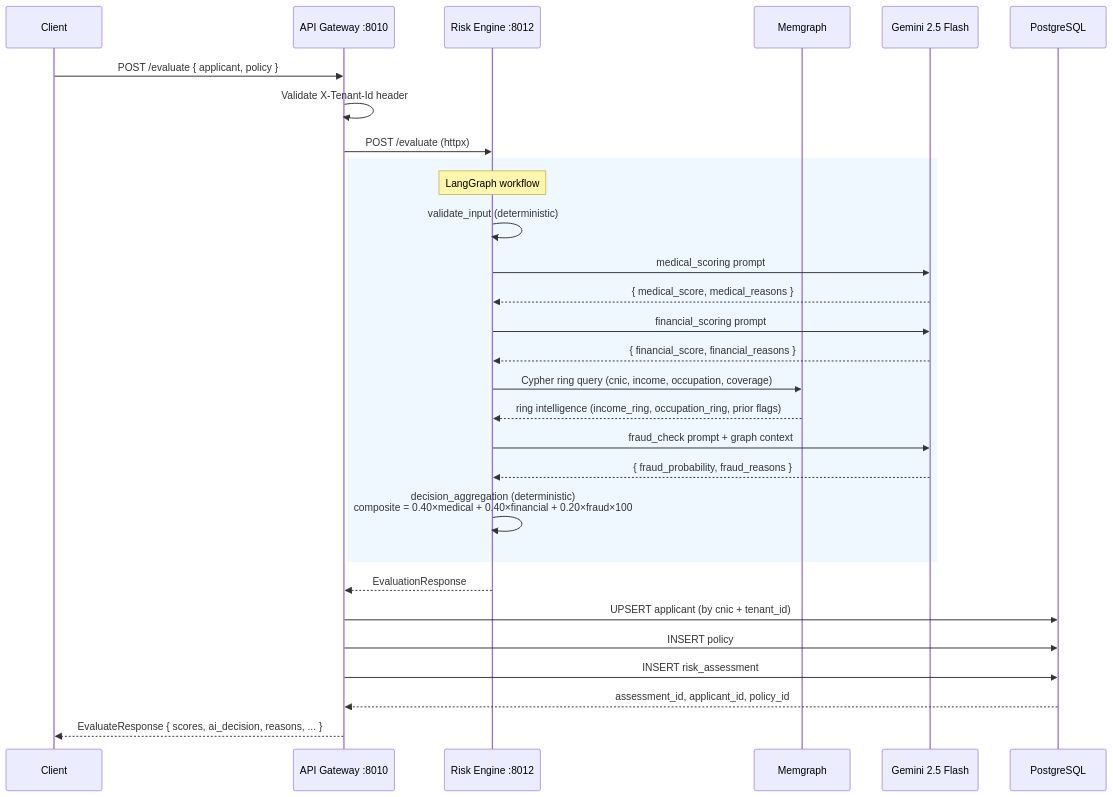
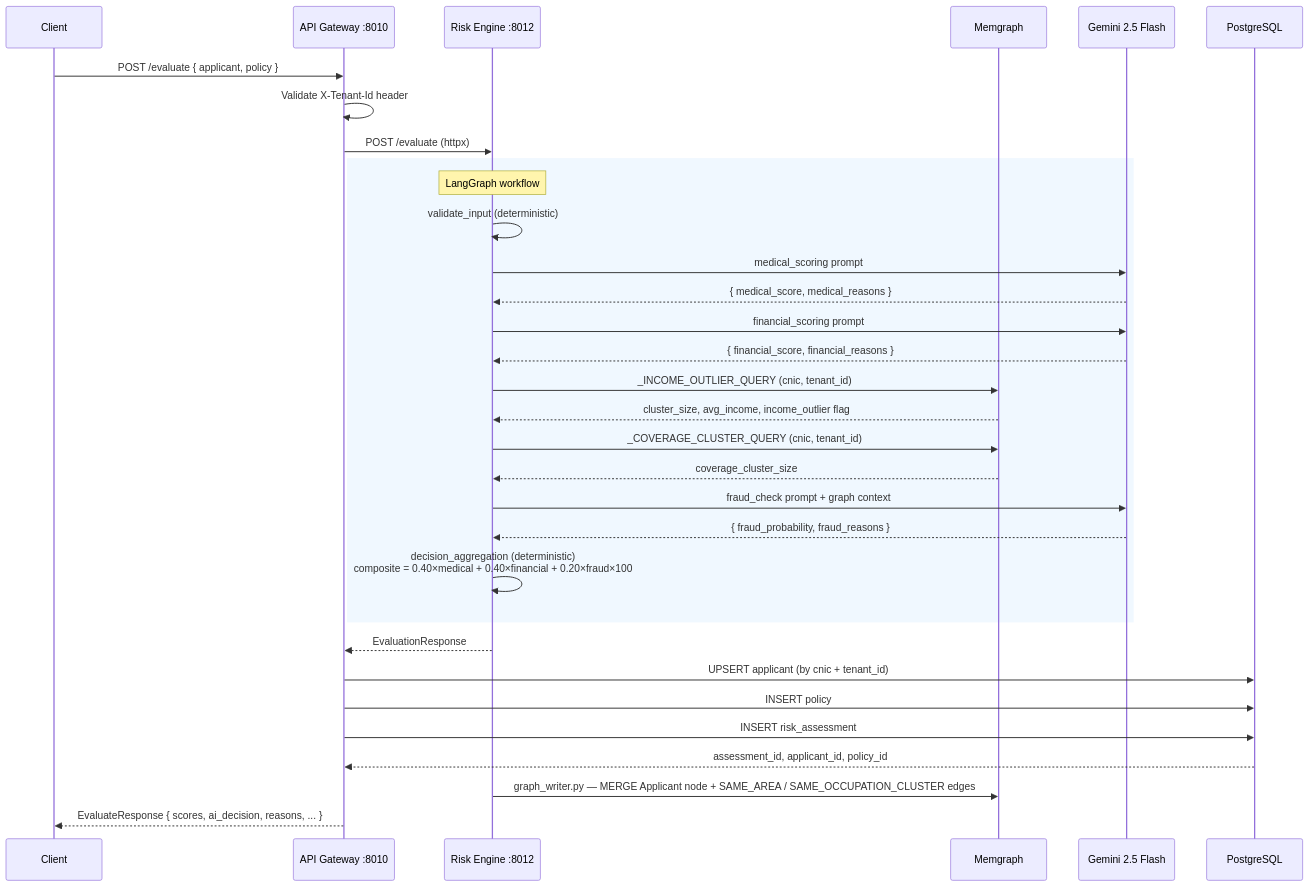
One commit to Nouman64-cat/insurance-ai changed the first of 3 diagrams in docs/docs/data-flow.md. Above: the diagram before and after it, drawn with Mermaid. The commit also changed other lines of this file and 2 other files, not shown here.

Commit message:
docs: update schemas, services, and data-flow for applicant CRUD and Memgraph fraud-ring overhaul

````diff
--- a/docs/docs/data-flow.md
+++ b/docs/docs/data-flow.md
@@ -13,37 +13,40 @@
 ```mermaid
 sequenceDiagram
     participant C as Client
     participant GW as API Gateway :8010
     participant RE as Risk Engine :8012
     participant MG as Memgraph
     participant LLM as Gemini 2.5 Flash
     participant PG as PostgreSQL
 
     C->>GW: POST /evaluate { applicant, policy }
     GW->>GW: Validate X-Tenant-Id header
 
     GW->>RE: POST /evaluate (httpx)
 
     rect rgb(240, 248, 255)
         note over RE: LangGraph workflow
         RE->>RE: validate_input (deterministic)
         RE->>LLM: medical_scoring prompt
         LLM-->>RE: { medical_score, medical_reasons }
         RE->>LLM: financial_scoring prompt
         LLM-->>RE: { financial_score, financial_reasons }
-        RE->>MG: Cypher ring query (cnic, income, occupation, coverage)
-        MG-->>RE: ring intelligence (income_ring, occupation_ring, prior flags)
+        RE->>MG: _INCOME_OUTLIER_QUERY (cnic, tenant_id)
+        MG-->>RE: cluster_size, avg_income, income_outlier flag
+        RE->>MG: _COVERAGE_CLUSTER_QUERY (cnic, tenant_id)
+        MG-->>RE: coverage_cluster_size
         RE->>LLM: fraud_check prompt + graph context
         LLM-->>RE: { fraud_probability, fraud_reasons }
         RE->>RE: decision_aggregation (deterministic)<br/>composite = 0.40×medical + 0.40×financial + 0.20×fraud×100
     end
 
     RE-->>GW: EvaluationResponse
 
     GW->>PG: UPSERT applicant (by cnic + tenant_id)
     GW->>PG: INSERT policy
     GW->>PG: INSERT risk_assessment
     PG-->>GW: assessment_id, applicant_id, policy_id
+    RE->>MG: graph_writer.py — MERGE Applicant node + SAME_AREA / SAME_OCCUPATION_CLUSTER edges
 
     GW-->>C: EvaluateResponse { scores, ai_decision, reasons, ... }
 ```
````
